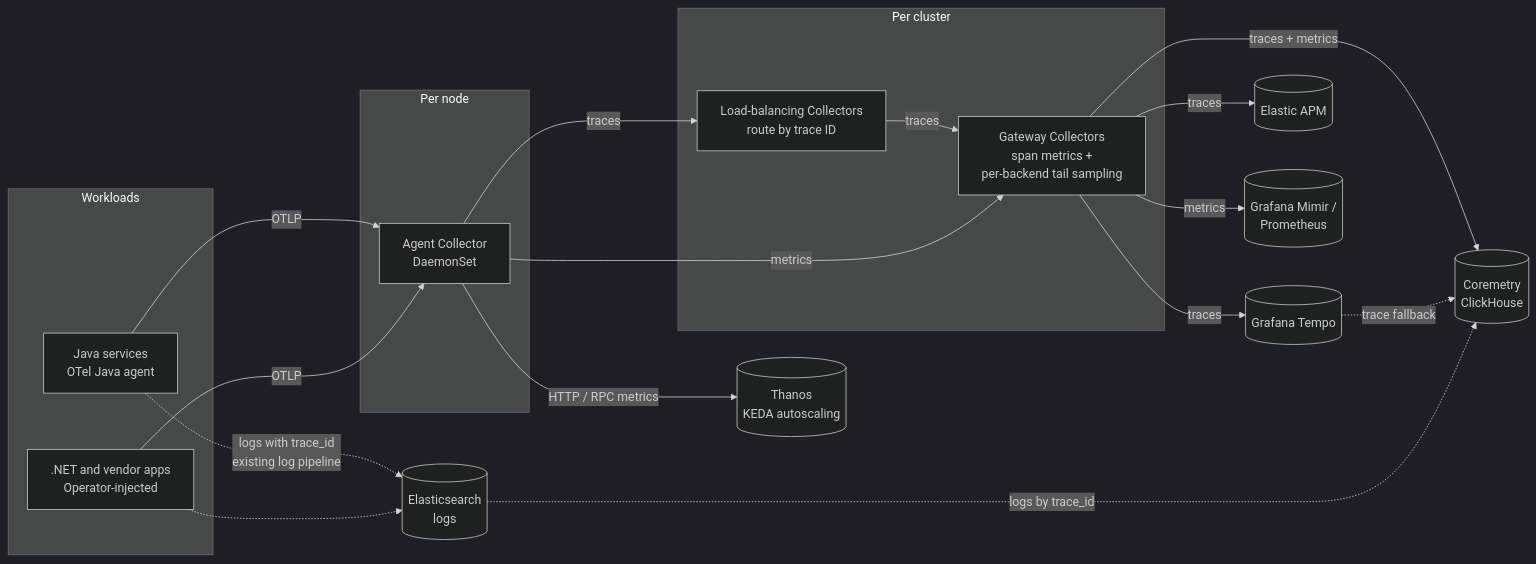
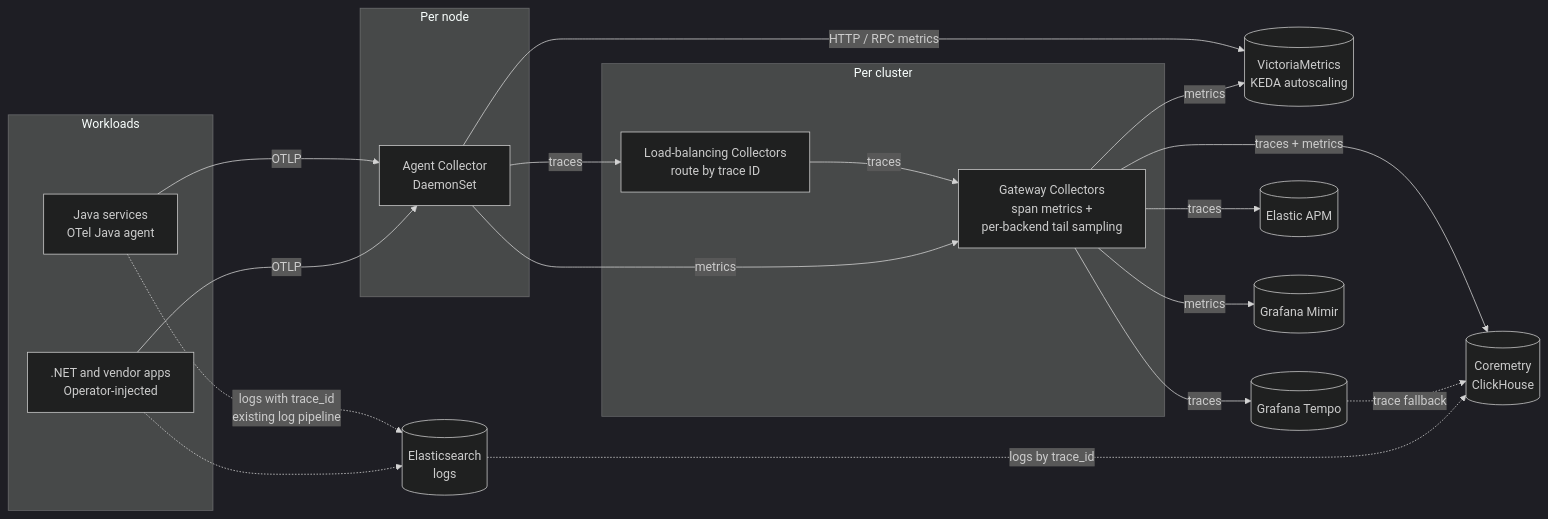
Before and after one commit to open-telemetry/opentelemetry.io: the diagram in content/en/docs/guidance/reference-implementations/akbank/index.md, drawn with Mermaid (dark theme). The commit also changed other lines of this file, not shown here.

Commit message:
Akbank reference implementation: metrics go to VictoriaMetrics, not Thanos/Prometheus

````diff
--- a/content/en/docs/guidance/reference-implementations/akbank/index.md
+++ b/content/en/docs/guidance/reference-implementations/akbank/index.md
@@ -141,28 +141,29 @@
 ```mermaid
 graph LR
   subgraph Workloads
     J[Java services<br/>OTel Java agent]
     N[.NET and vendor apps<br/>Operator-injected]
   end
   subgraph Per node
     A[Agent Collector<br/>DaemonSet]
   end
   subgraph Per cluster
     LB[Load-balancing Collectors<br/>route by trace ID]
     G[Gateway Collectors<br/>span metrics +<br/>per-backend tail sampling]
   end
   J -->|OTLP| A
   N -->|OTLP| A
   A -->|traces| LB
   LB -->|traces| G
   A -->|metrics| G
-  A -->|HTTP / RPC metrics| K[(Thanos<br/>KEDA autoscaling)]
+  A -->|HTTP / RPC metrics| K[(VictoriaMetrics<br/>KEDA autoscaling)]
   G -->|traces| T[(Grafana Tempo)]
   G -->|traces| EA[(Elastic APM)]
   G -->|traces + metrics| C[(Coremetry<br/>ClickHouse)]
-  G -->|metrics| M[(Grafana Mimir /<br/>Prometheus)]
+  G -->|metrics| M[(Grafana Mimir)]
+  G -->|metrics| K
   J -.->|logs with trace_id<br/>existing log pipeline| E[(Elasticsearch<br/>logs)]
   N -.-> E
   T -.->|trace fallback| C
   E -.->|logs by trace_id| C
 ```
````
